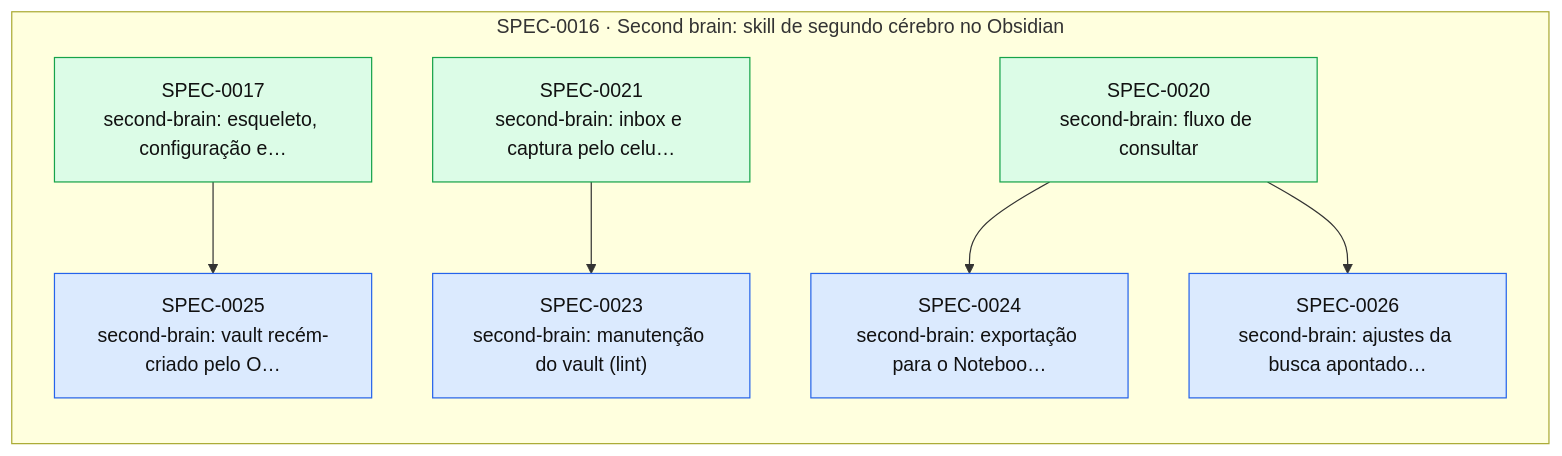
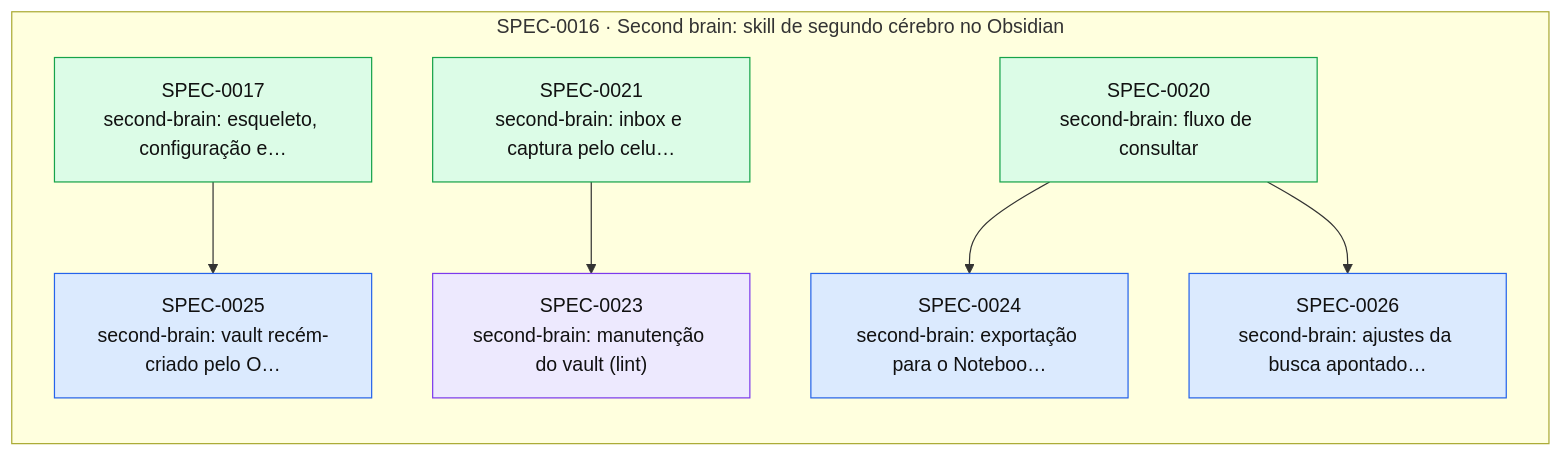
One commit to thomasravache/ai-dev-brain changed the diagram in docs/specs/INDEX.md. Above: the diagram before and after it, drawn with Mermaid. The commit also changed other lines of this file and 1 other file, not shown here.

First line of the commit message:
docs(specs): SPEC-0023 em execução

````diff
--- a/docs/specs/INDEX.md
+++ b/docs/specs/INDEX.md
@@ -48,21 +48,21 @@
 ```mermaid
 flowchart LR
   subgraph E0016["SPEC-0016 · Second brain: skill de segundo cérebro no Obsidian"]
     S0017["SPEC-0017<br/>second-brain: esqueleto, configuração e…"]:::implemented
     S0020["SPEC-0020<br/>second-brain: fluxo de consultar"]:::implemented
     S0021["SPEC-0021<br/>second-brain: inbox e captura pelo celu…"]:::implemented
-    S0023["SPEC-0023<br/>second-brain: manutenção do vault (lint)"]:::approved
+    S0023["SPEC-0023<br/>second-brain: manutenção do vault (lint)"]:::inprogress
     S0024["SPEC-0024<br/>second-brain: exportação para o Noteboo…"]:::approved
     S0025["SPEC-0025<br/>second-brain: vault recém-criado pelo O…"]:::approved
     S0026["SPEC-0026<br/>second-brain: ajustes da busca apontado…"]:::approved
   end
   S0021 --> S0023
   S0020 --> S0024
   S0017 --> S0025
   S0020 --> S0026
   classDef proposed fill:#fef3c7,stroke:#d97706,color:#111
   classDef approved fill:#dbeafe,stroke:#2563eb,color:#111
   classDef inprogress fill:#ede9fe,stroke:#7c3aed,color:#111
   classDef implemented fill:#dcfce7,stroke:#16a34a,color:#111
   classDef deprecated fill:#f3f4f6,stroke:#9ca3af,color:#6b7280
 ```
````
